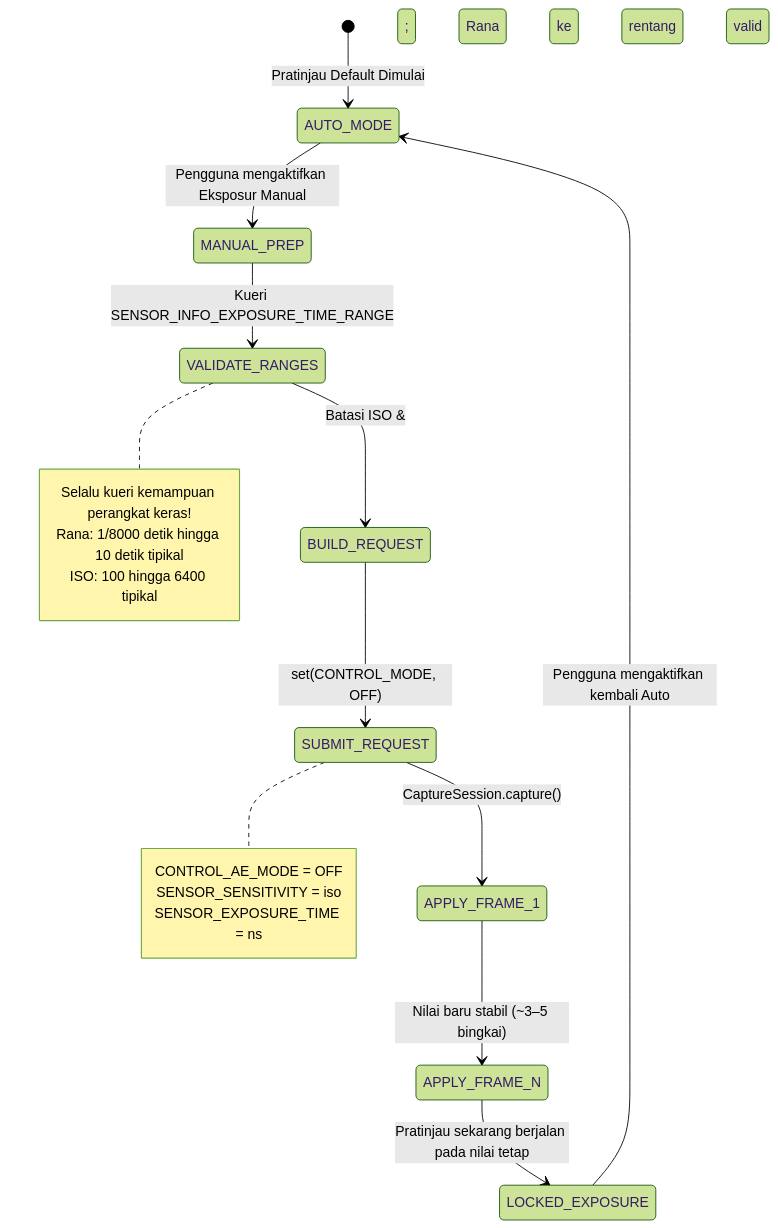
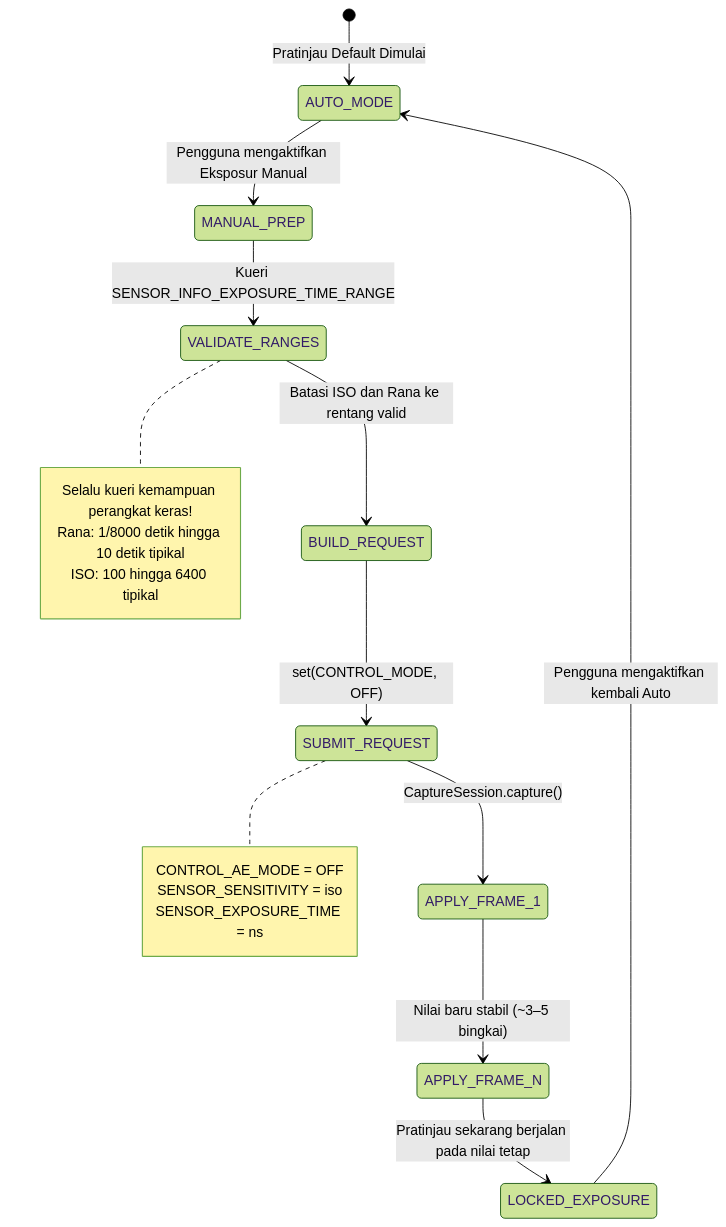
One commit to zoozooll/AndroidCameraParameters changed the diagram in website/i18n/id/docusaurus-plugin-content-docs/current/camera2/manual-exposure-in-camera2.md. Above: the diagram before and after it, drawn with Mermaid (forest theme). The commit also changed 77 other files, not shown here.

First line of the commit message:
docs: standardize Mermaid syntax and polish 3A pipeline translations

````diff
--- a/website/i18n/id/docusaurus-plugin-content-docs/current/camera2/manual-exposure-in-camera2.md
+++ b/website/i18n/id/docusaurus-plugin-content-docs/current/camera2/manual-exposure-in-camera2.md
@@ -29,22 +29,22 @@
 ```mermaid
 stateDiagram-v2
     [*] --> AUTO_MODE: Pratinjau Default Dimulai
     AUTO_MODE --> MANUAL_PREP: Pengguna mengaktifkan Eksposur Manual
     MANUAL_PREP --> VALIDATE_RANGES: Kueri SENSOR_INFO_EXPOSURE_TIME_RANGE
-    VALIDATE_RANGES --> BUILD_REQUEST: Batasi ISO &amp; Rana ke rentang valid
+    VALIDATE_RANGES --> BUILD_REQUEST: Batasi ISO dan Rana ke rentang valid
     BUILD_REQUEST --> SUBMIT_REQUEST: set(CONTROL_MODE, OFF)
     SUBMIT_REQUEST --> APPLY_FRAME_1: CaptureSession.capture()
     APPLY_FRAME_1 --> APPLY_FRAME_N: Nilai baru stabil (~3–5 bingkai)
     APPLY_FRAME_N --> LOCKED_EXPOSURE: Pratinjau sekarang berjalan pada nilai tetap
     LOCKED_EXPOSURE --> AUTO_MODE: Pengguna mengaktifkan kembali Auto
     note right of VALIDATE_RANGES
         Selalu kueri kemampuan perangkat keras!
         Rana: 1/8000 detik hingga 10 detik tipikal
         ISO: 100 hingga 6400 tipikal
     end note
     note right of SUBMIT_REQUEST
         CONTROL_AE_MODE = OFF
         SENSOR_SENSITIVITY = iso
         SENSOR_EXPOSURE_TIME = ns
     end note
 ```
````
